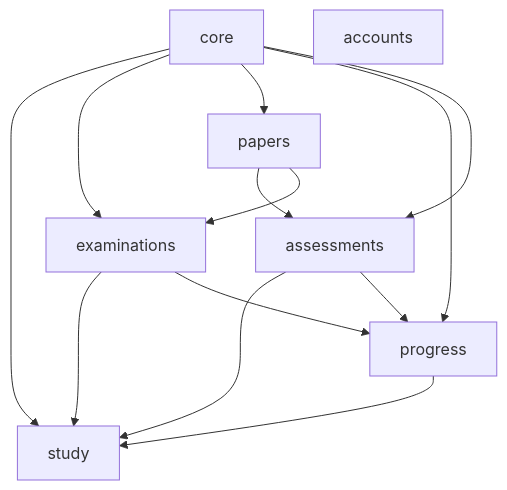
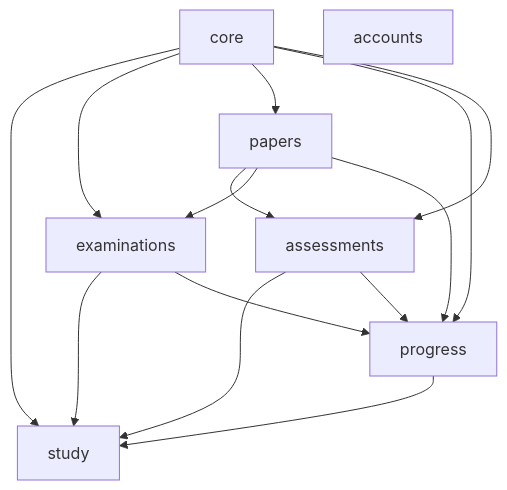
The second of 4 diagrams in Webapp/ARCHITECTURE.md (nrstatlab/planning-for-future), drawn with Mermaid before and after one commit. The commit also changed other lines of this file and 1 other file, not shown here.

````diff
--- a/Webapp/ARCHITECTURE.md
+++ b/Webapp/ARCHITECTURE.md
@@ -82,9 +82,9 @@
 ```mermaid
 flowchart TB
   core --> study & examinations & papers & progress & assessments
   accounts
   examinations --> study & progress
-  papers --> assessments & examinations
+  papers --> assessments & examinations & progress
   assessments --> study & progress
   progress --> study
 ```
````
